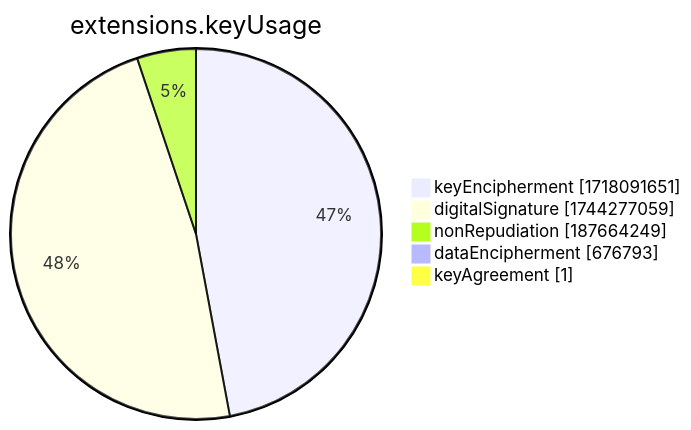
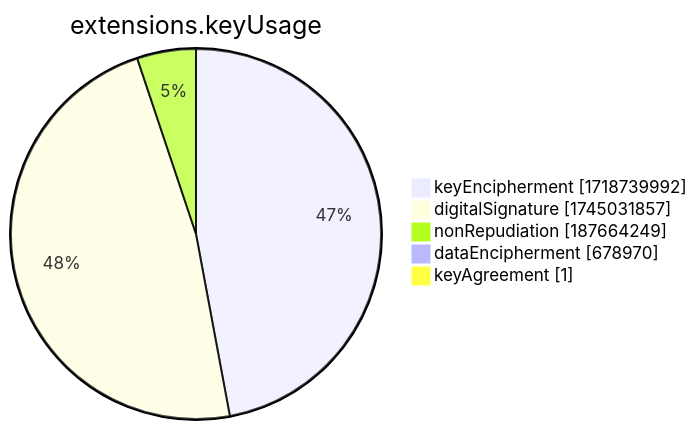
One commit to christiankrug/ctmonitor_visualization changed the seventh of 15 diagrams in xenon2022/README.md. Above: the diagram before and after it, drawn with Mermaid. The commit also changed other lines of this file, not shown here.

````diff
--- a/xenon2022/README.md
+++ b/xenon2022/README.md
@@ -2858,9 +2858,9 @@
 ```mermaid
 pie showData
 title extensions.keyUsage
-"keyEncipherment" :1718091651
-"digitalSignature" :1744277059
+"keyEncipherment" :1718739992
+"digitalSignature" :1745031857
 "nonRepudiation" :187664249
-"dataEncipherment" :676793
+"dataEncipherment" :678970
 "keyAgreement" :1
 ```
````
